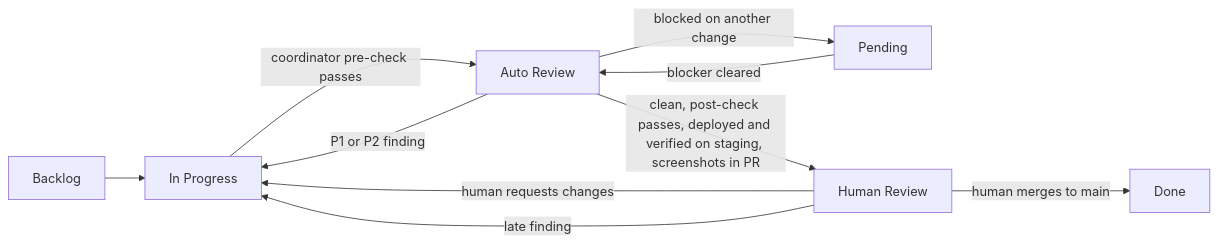
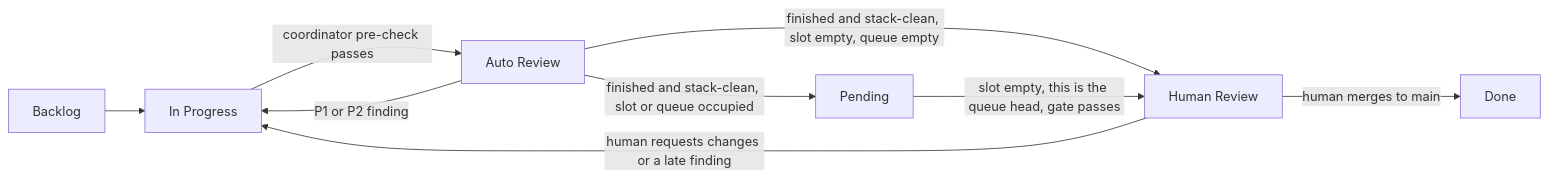
One commit to tangentcode/methodology changed the diagram in workflow.md. Above: the diagram before and after it, drawn with Mermaid. The commit also changed other lines of this file and 2 other files, not shown here.

First line of the commit message:
Board: just-in-time Human Review (one PR) and a stacked Pending buffer

````diff
--- a/workflow.md
+++ b/workflow.md
@@ -26,12 +26,11 @@
 ```mermaid
 flowchart LR
     B[Backlog] --> IP[In Progress]
     IP -->|coordinator pre-check passes| AR[Auto Review]
     AR -->|P1 or P2 finding| IP
-    AR -->|blocked on another change| P[Pending]
-    P -->|blocker cleared| AR
-    AR -->|clean, post-check passes, deployed and verified on staging, screenshots in PR| HR[Human Review]
-    HR -->|human requests changes| IP
-    HR -->|late finding| IP
+    AR -->|finished and stack-clean, slot empty, queue empty| HR[Human Review]
+    AR -->|finished and stack-clean, slot or queue occupied| P[Pending]
+    P -->|slot empty, this is the queue head, gate passes| HR[Human Review]
+    HR -->|human requests changes or a late finding| IP
     HR -->|human merges to main| D[Done]
 ```
````
